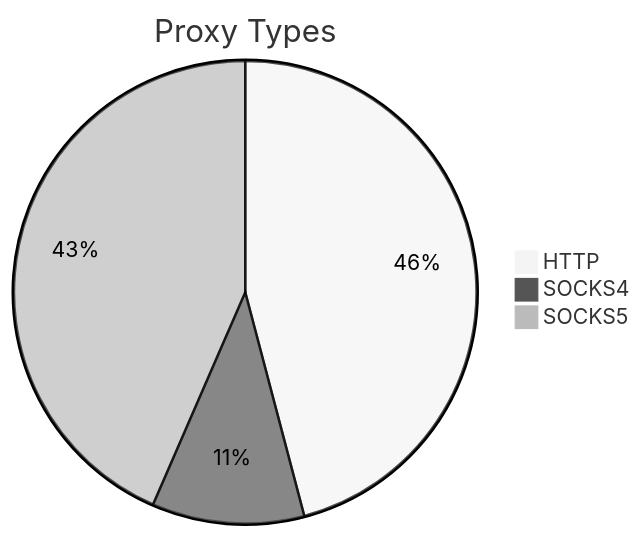
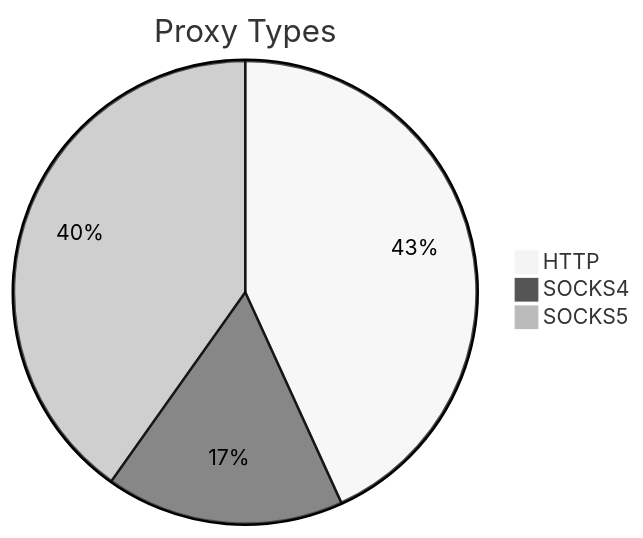
The first of 2 diagrams in README.md (stormsia/proxy-list), drawn with Mermaid (neutral theme) before and after one commit. The commit also changed other lines of this file, not shown here.

````diff
--- a/README.md
+++ b/README.md
@@ -21,6 +21,6 @@
 ```mermaid
 pie title Proxy Types
-    "HTTP" : 95
-    "SOCKS4" : 22
-    "SOCKS5" : 90
+    "HTTP" : 187
+    "SOCKS4" : 72
+    "SOCKS5" : 174
 ```
````
